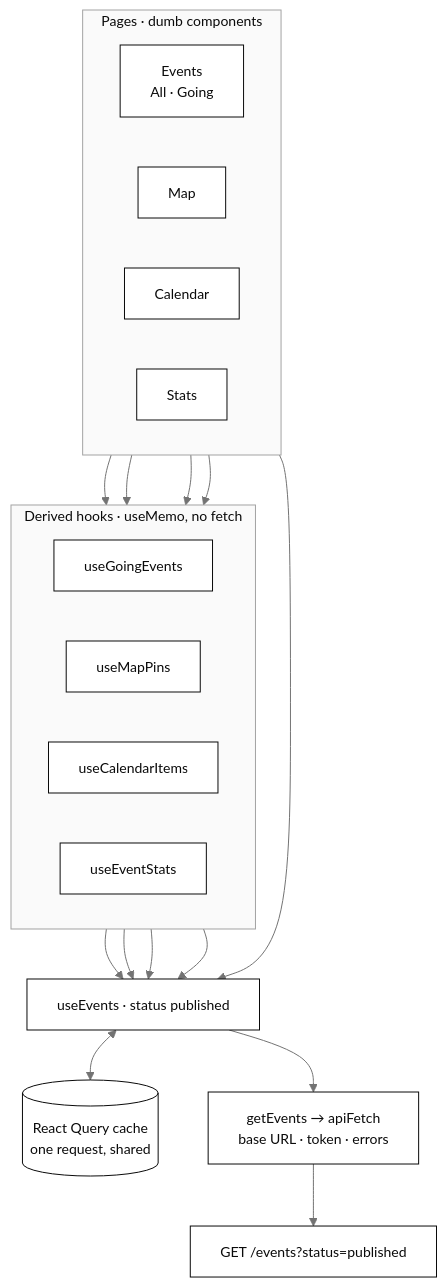
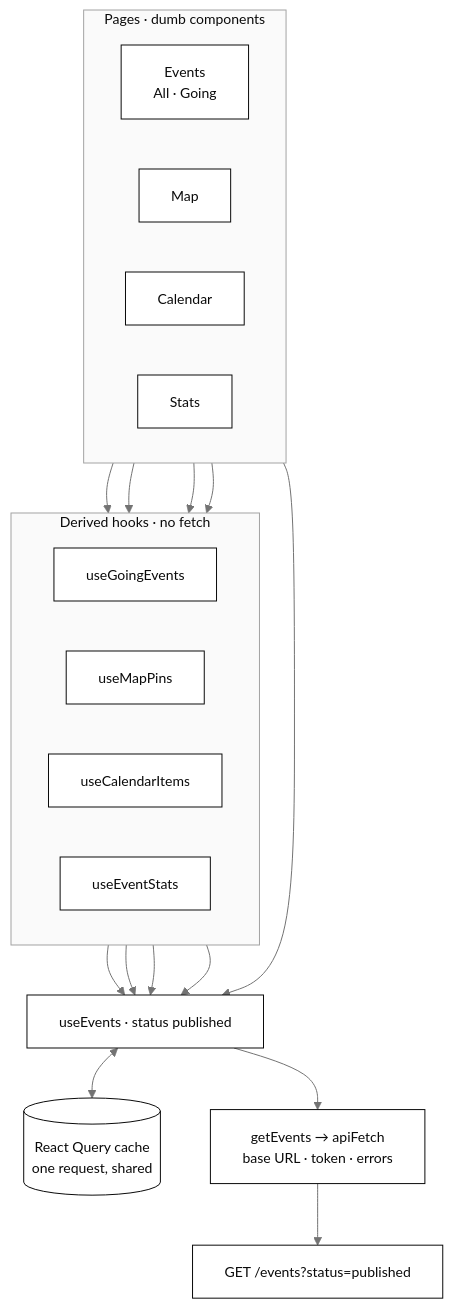
The second of 9 diagrams in README.md (juannarowe/artroute), drawn with Mermaid before and after one commit. The commit also changed other lines of this file, not shown here.

Commit message:
docs: fix clipped labels in the README diagrams

````diff
--- a/README.md
+++ b/README.md
@@ -96,34 +96,34 @@
 ```mermaid
-%%{init: {"theme": "base", "themeVariables": {"fontFamily": "ui-sans-serif, system-ui, sans-serif", "fontSize": "14px", "primaryColor": "#ffffff", "primaryTextColor": "#0a0a0a", "primaryBorderColor": "#0a0a0a", "secondaryColor": "#f5f5f5", "tertiaryColor": "#fafafa", "lineColor": "#737373", "textColor": "#737373", "clusterBkg": "#fafafa", "clusterBorder": "#a3a3a3", "titleColor": "#0a0a0a", "edgeLabelBackground": "#ffffff", "actorBkg": "#ffffff", "actorBorder": "#0a0a0a", "actorTextColor": "#0a0a0a", "actorLineColor": "#a3a3a3", "signalColor": "#737373", "signalTextColor": "#737373", "noteBkgColor": "#f5f5f5", "noteBorderColor": "#a3a3a3", "noteTextColor": "#0a0a0a", "labelBoxBkgColor": "#ffffff", "labelBoxBorderColor": "#0a0a0a", "labelTextColor": "#0a0a0a", "loopTextColor": "#737373", "activationBkgColor": "#f5f5f5", "activationBorderColor": "#0a0a0a", "attributeBackgroundColorOdd": "#ffffff", "attributeBackgroundColorEven": "#f5f5f5"}}}%%
+%%{init: {"theme": "base", "flowchart": {"htmlLabels": false, "padding": 16}, "themeVariables": {"fontSize": "14px", "primaryColor": "#ffffff", "primaryTextColor": "#0a0a0a", "primaryBorderColor": "#0a0a0a", "secondaryColor": "#f5f5f5", "tertiaryColor": "#fafafa", "lineColor": "#737373", "textColor": "#737373", "clusterBkg": "#fafafa", "clusterBorder": "#a3a3a3", "titleColor": "#0a0a0a", "edgeLabelBackground": "#ffffff", "actorBkg": "#ffffff", "actorBorder": "#0a0a0a", "actorTextColor": "#0a0a0a", "actorLineColor": "#a3a3a3", "signalColor": "#737373", "signalTextColor": "#737373", "noteBkgColor": "#f5f5f5", "noteBorderColor": "#a3a3a3", "noteTextColor": "#0a0a0a", "labelBoxBkgColor": "#ffffff", "labelBoxBorderColor": "#0a0a0a", "labelTextColor": "#0a0a0a", "loopTextColor": "#737373", "activationBkgColor": "#f5f5f5", "activationBorderColor": "#0a0a0a", "attributeBackgroundColorOdd": "#ffffff", "attributeBackgroundColorEven": "#f5f5f5"}}}%%
 flowchart TB
   subgraph pages ["Pages · dumb components"]
     direction LR
     pEvents["Events<br/>All · Going"]
     pMap["Map"]
     pCalendar["Calendar"]
     pStats["Stats"]
   end
-  subgraph derived ["Derived hooks · useMemo, no fetch"]
+  subgraph derived ["Derived hooks · no fetch"]
     direction LR
     hGoing["useGoingEvents"]
     hPins["useMapPins"]
     hItems["useCalendarItems"]
     hStats["useEventStats"]
   end
   hEvents["useEvents · status published"]
   cache[("React Query cache<br/>one request, shared")]
   apiFn["getEvents → apiFetch<br/>base URL · token · errors"]
   backend["GET /events?status=published"]
   pEvents --> hEvents
   pEvents --> hGoing
   pMap --> hPins
   pCalendar --> hItems
   pStats --> hStats
   hGoing --> hEvents
   hPins --> hEvents
   hItems --> hEvents
   hStats --> hEvents
   hEvents <--> cache
   hEvents --> apiFn
   apiFn --> backend
 ```
````
